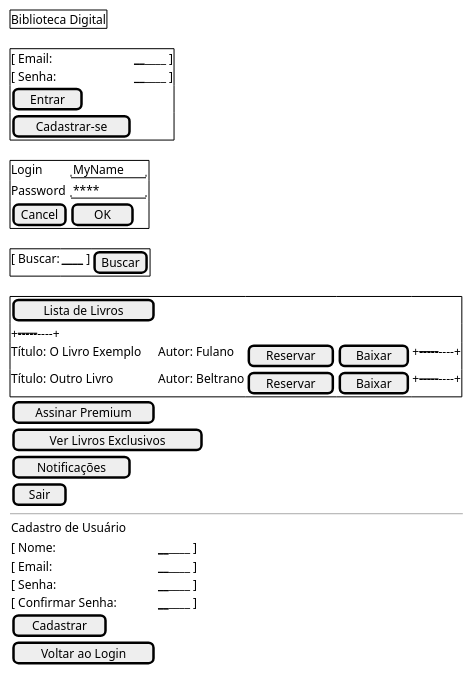
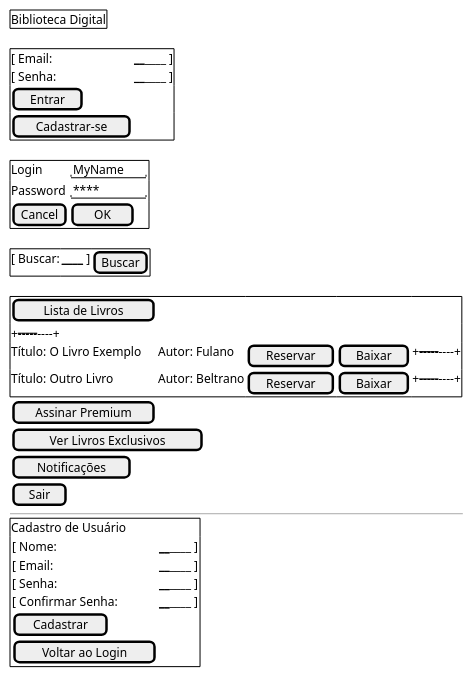
The diagram in docs/Disciplina/Roteiros/Elaboracao/prototipo_baixa_fidelidade.puml (jonh-carvalho/PBE_25.2_8002), drawn with PlantUML before and after one commit.

Commit message:
protoripo

```diff
--- a/docs/Disciplina/Roteiros/Elaboracao/prototipo_baixa_fidelidade.puml
+++ b/docs/Disciplina/Roteiros/Elaboracao/prototipo_baixa_fidelidade.puml
@@ -1,56 +1,57 @@
 @startuml
 salt
 {
   {+
     Biblioteca Digital
   }
   .
   {+
     [ Email:         |______________ ]
     [ Senha:         |______________ ]
     [ Entrar ]
     [ Cadastrar-se ]
   }
   .
   {+
   Login    | "MyName   "
   Password | "****     "
   [Cancel] | [  OK   ]
 }
 .
   {+
     [ Buscar: |____________________ ] | [Buscar]
   }
   .
   {+
     [ Lista de Livros ]
     +-----------------------------+
     | Título: O Livro Exemplo     |
     | Autor: Fulano               |
     | [ Reservar ]| [ Baixar ]     |
     +-----------------------------+
     | Título: Outro Livro         |
     | Autor: Beltrano             |
     | [ Reservar ] | [ Baixar ]     |
     +-----------------------------+
   }
   {
     [ Assinar Premium ]
     [ Ver Livros Exclusivos ]
     [ Notificações ]
     [ Sair ]
   }
   --
-  {
+  {+
     Cadastro de Usuário
-  }
+  
   {
     [ Nome:           |______________ ]
     [ Email:          |______________ ]
     [ Senha:          |______________ ]
     [ Confirmar Senha:|______________ ]
     [ Cadastrar ]
     [ Voltar ao Login ]
   }
+  }
 }
 @enduml
```
